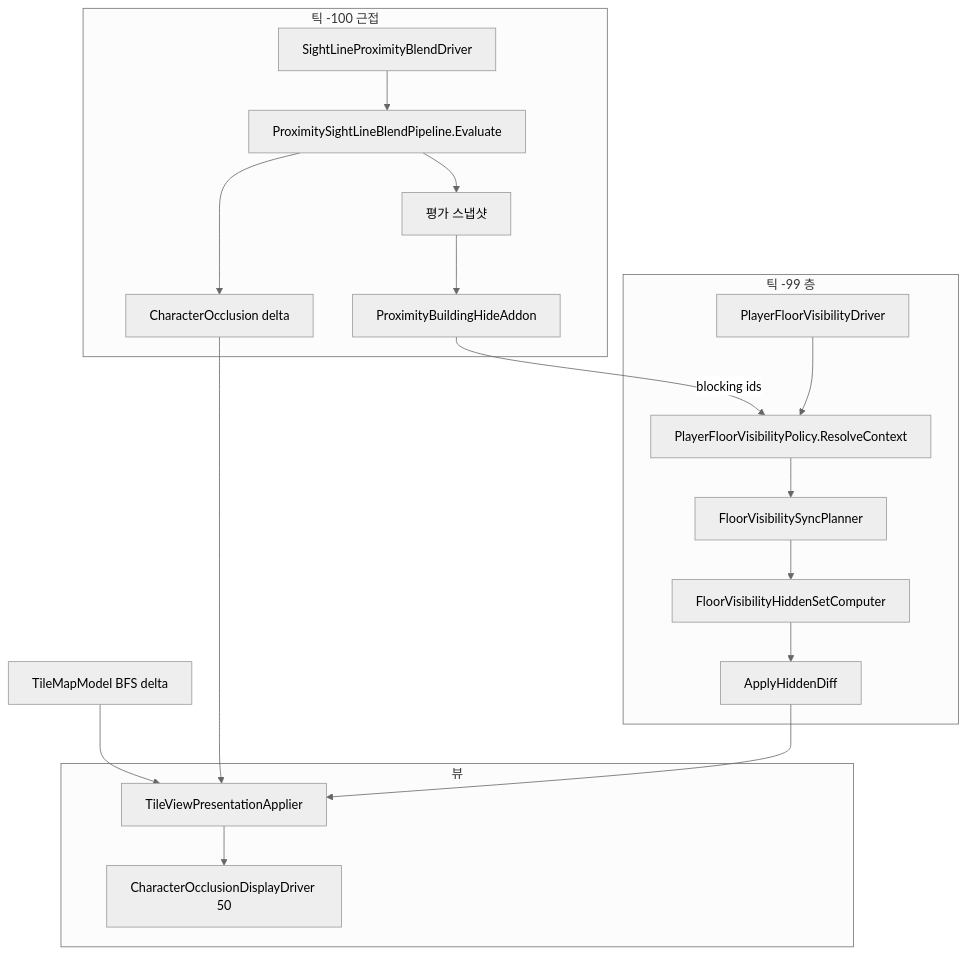
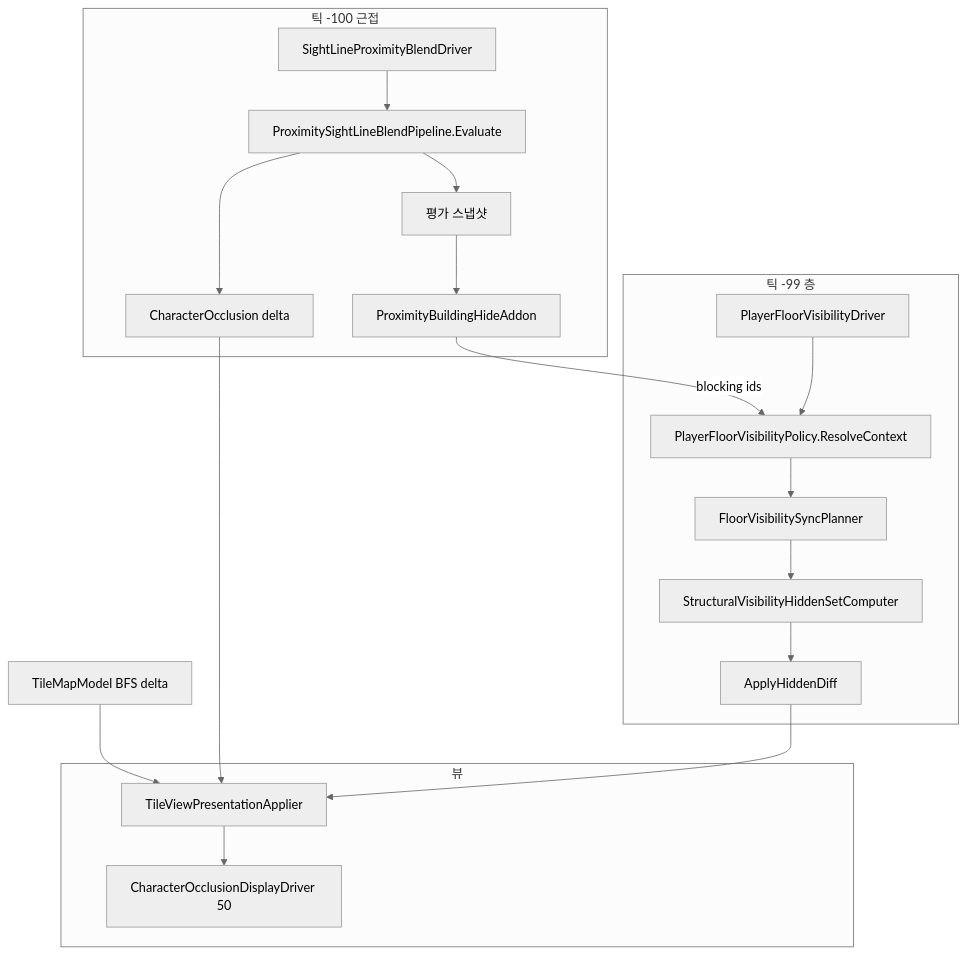
Before and after one commit to garunnir/Project_Pictureless: the fourth of 4 diagrams in Assets/Dist/Scripts/Map/TileMap/TILEMAP_VISIBILITY.md, drawn with Mermaid (neutral theme). The commit also changed other lines of this file and 17 other files, not shown here.

First line of the commit message:
Refactor floor visibility to structural visibility semantics

````diff
--- a/Assets/Dist/Scripts/Map/TileMap/TILEMAP_VISIBILITY.md
+++ b/Assets/Dist/Scripts/Map/TileMap/TILEMAP_VISIBILITY.md
@@ -225,34 +227,34 @@
 ```mermaid
 flowchart TD
     subgraph prox [틱 -100 근접]
         ProxDriver[SightLineProximityBlendDriver]
         Evaluate[ProximitySightLineBlendPipeline.Evaluate]
         Snapshot[평가 스냅샷]
         Addon[ProximityBuildingHideAddon]
         ProxDelta[CharacterOcclusion delta]
     end
     subgraph floor [틱 -99 층]
         FloorDriver[PlayerFloorVisibilityDriver]
         Policy[PlayerFloorVisibilityPolicy.ResolveContext]
         Planner[FloorVisibilitySyncPlanner]
-        Compute[FloorVisibilityHiddenSetComputer]
+        Compute[StructuralVisibilityHiddenSetComputer]
         Diff[ApplyHiddenDiff]
     end
     subgraph view [뷰]
         Applier[TileViewPresentationApplier]
         Display[CharacterOcclusionDisplayDriver 50]
     end
     Bfs[TileMapModel BFS delta] --> Applier
     ProxDriver --> Evaluate
     Evaluate --> Snapshot
     Evaluate --> ProxDelta
     Snapshot --> Addon
     Addon -->|blocking ids| Policy
     ProxDelta --> Applier
     FloorDriver --> Policy
     Policy --> Planner
     Planner --> Compute
     Compute --> Diff
     Diff --> Applier
     Applier --> Display
 ```
````
